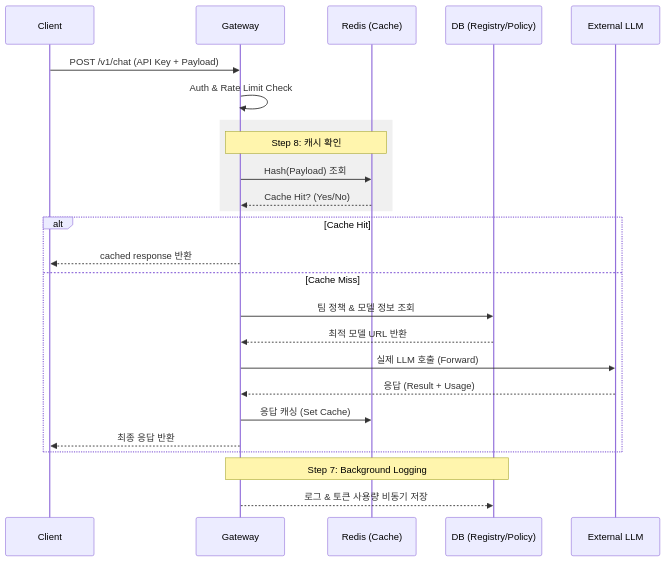
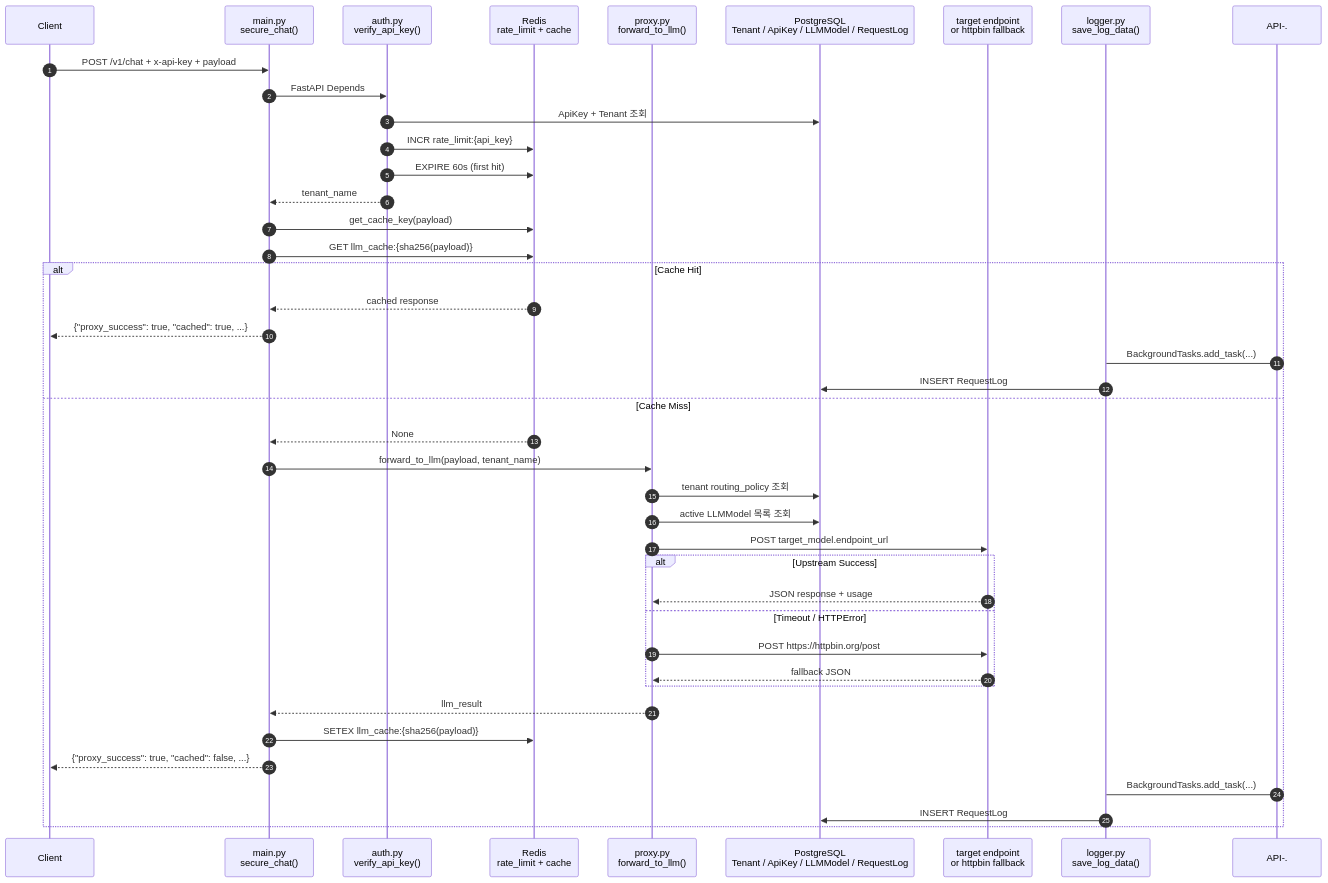
Before and after one commit to mingunkim123/LLM-API-Gateway: the second of 5 diagrams in docs/final_architecture_overview.md, drawn with Mermaid. The commit also changed other lines of this file and 9 other files, not shown here.

````diff
--- a/docs/final_architecture_overview.md
+++ b/docs/final_architecture_overview.md
@@ -58,31 +135,48 @@
 ```mermaid
 sequenceDiagram
+    autonumber
     participant C as Client
-    participant G as Gateway
-    participant R as Redis (Cache)
-    participant D as DB (Registry/Policy)
-    participant L as External LLM
+    participant API as main.py<br/>secure_chat()
+    participant Auth as auth.py<br/>verify_api_key()
+    participant Redis as Redis<br/>rate_limit + cache
+    participant Proxy as proxy.py<br/>forward_to_llm()
+    participant DB as PostgreSQL<br/>Tenant / ApiKey / LLMModel / RequestLog
+    participant LLM as target endpoint<br/>or httpbin fallback
+    participant Log as logger.py<br/>save_log_data()
 
-    C->>G: POST /v1/chat (API Key + Payload)
-    G->>G: Auth & Rate Limit Check
-    
-    rect rgb(240, 240, 240)
-        Note over G,R: Step 8: 캐시 확인
-        G->>R: Hash(Payload) 조회
-        R-->>G: Cache Hit? (Yes/No)
-    end
+    C->>API: POST /v1/chat + x-api-key + payload
+    API->>Auth: FastAPI Depends
+    Auth->>DB: ApiKey + Tenant 조회
+    Auth->>Redis: INCR rate_limit:{api_key}
+    Auth->>Redis: EXPIRE 60s (first hit)
+    Auth-->>API: tenant_name
+
+    API->>Redis: get_cache_key(payload)
+    API->>Redis: GET llm_cache:{sha256(payload)}
 
     alt Cache Hit
-        G-->>C: cached response 반환
+        Redis-->>API: cached response
+        API-->>C: {"proxy_success": true, "cached": true, ...}
+        API-.->Log: BackgroundTasks.add_task(...)
+        Log->>DB: INSERT RequestLog
     else Cache Miss
-        G->>D: 팀 정책 & 모델 정보 조회
-        D-->>G: 최적 모델 URL 반환
-        G->>L: 실제 LLM 호출 (Forward)
-        L-->>G: 응답 (Result + Usage)
-        G->>R: 응답 캐싱 (Set Cache)
-        G-->>C: 최종 응답 반환
+        Redis-->>API: None
+        API->>Proxy: forward_to_llm(payload, tenant_name)
+        Proxy->>DB: tenant routing_policy 조회
+        Proxy->>DB: active LLMModel 목록 조회
+        Proxy->>LLM: POST target_model.endpoint_url
+
+        alt Upstream Success
+            LLM-->>Proxy: JSON response + usage
+        else Timeout / HTTPError
+            Proxy->>LLM: POST https://httpbin.org/post
+            LLM-->>Proxy: fallback JSON
+        end
+
+        Proxy-->>API: llm_result
+        API->>Redis: SETEX llm_cache:{sha256(payload)}
+        API-->>C: {"proxy_success": true, "cached": false, ...}
+        API-.->Log: BackgroundTasks.add_task(...)
+        Log->>DB: INSERT RequestLog
     end
-
-    Note over G,D: Step 7: Background Logging
-    G-->>D: 로그 & 토큰 사용량 비동기 저장
 ```
````
